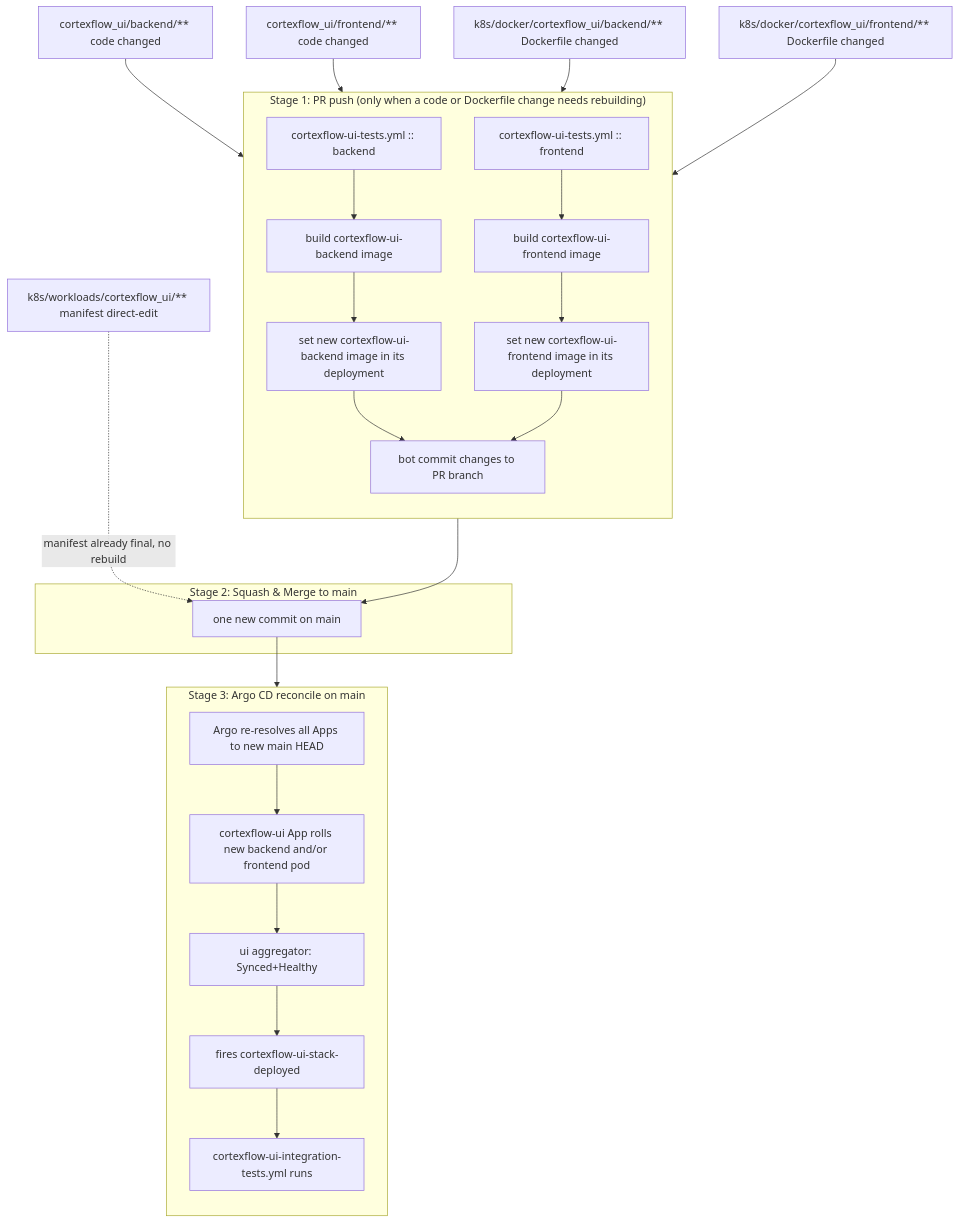
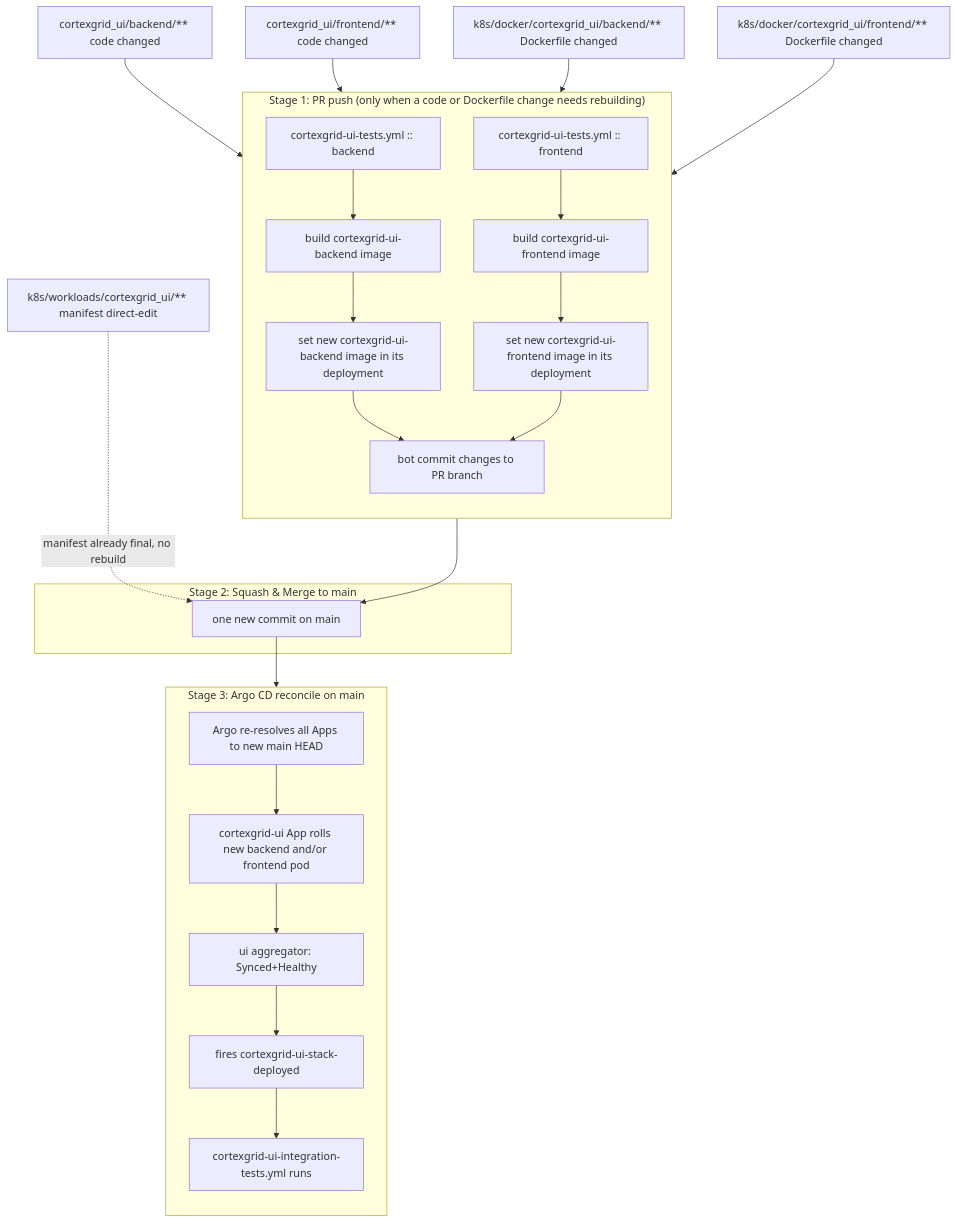
Before and after one commit to robodatalab/cortexgrid: the second of 8 diagrams in docs/k8s/cicd.md, drawn with Mermaid. The commit also changed other lines of this file and 142 other files, not shown here.

Commit message:
finish renaming cortexflow -> cortexgrid

````diff
--- a/docs/k8s/cicd.md
+++ b/docs/k8s/cicd.md
@@ -103,51 +103,51 @@
 ```mermaid
 flowchart TB
-    b["cortexflow_ui/backend/** code changed"]
-    f["cortexflow_ui/frontend/** code changed"]
-    db["k8s/docker/cortexflow_ui/backend/** Dockerfile changed"]
-    df["k8s/docker/cortexflow_ui/frontend/** Dockerfile changed"]
-    wl["k8s/workloads/cortexflow_ui/** manifest direct-edit"]
+    b["cortexgrid_ui/backend/** code changed"]
+    f["cortexgrid_ui/frontend/** code changed"]
+    db["k8s/docker/cortexgrid_ui/backend/** Dockerfile changed"]
+    df["k8s/docker/cortexgrid_ui/frontend/** Dockerfile changed"]
+    wl["k8s/workloads/cortexgrid_ui/** manifest direct-edit"]
 
     subgraph S1["Stage 1: PR push (only when a code or Dockerfile change needs rebuilding)"]
         direction TB
-        T1["cortexflow-ui-tests.yml :: backend"]
-        T2["cortexflow-ui-tests.yml :: frontend"]
-        B1["build cortexflow-ui-backend image"]
-        B2["build cortexflow-ui-frontend image"]
-        E1["set new cortexflow-ui-backend image in its deployment"]
-        E2["set new cortexflow-ui-frontend image in its deployment"]
+        T1["cortexgrid-ui-tests.yml :: backend"]
+        T2["cortexgrid-ui-tests.yml :: frontend"]
+        B1["build cortexgrid-ui-backend image"]
+        B2["build cortexgrid-ui-frontend image"]
+        E1["set new cortexgrid-ui-backend image in its deployment"]
+        E2["set new cortexgrid-ui-frontend image in its deployment"]
         C["bot commit changes to PR branch"]
         T1 --> B1
         T2 --> B2
         B1 --> E1
         B2 --> E2
         E1 --> C
         E2 --> C
     end
 
     b --> T1
     f --> T2
     db --> B1
     df --> B2
 
     subgraph S2["Stage 2: Squash & Merge to main"]
         M["one new commit on main"]
     end
     C --> M
     wl -. manifest already final, no rebuild .-> M
 
     subgraph S3["Stage 3: Argo CD reconcile on main"]
         direction TB
         Sync["Argo re-resolves all Apps to new main HEAD"]
-        Roll_ui["cortexflow-ui App rolls new backend and/or frontend pod"]
+        Roll_ui["cortexgrid-ui App rolls new backend and/or frontend pod"]
         Agg_ui["ui aggregator: Synced+Healthy"]
-        N_ui["fires cortexflow-ui-stack-deployed"]
-        IT_uic["cortexflow-ui-integration-tests.yml runs"]
+        N_ui["fires cortexgrid-ui-stack-deployed"]
+        IT_uic["cortexgrid-ui-integration-tests.yml runs"]
 
         Sync --> Roll_ui
         Roll_ui --> Agg_ui
         Agg_ui --> N_ui
         N_ui --> IT_uic
     end
     M --> Sync
 ```
````
